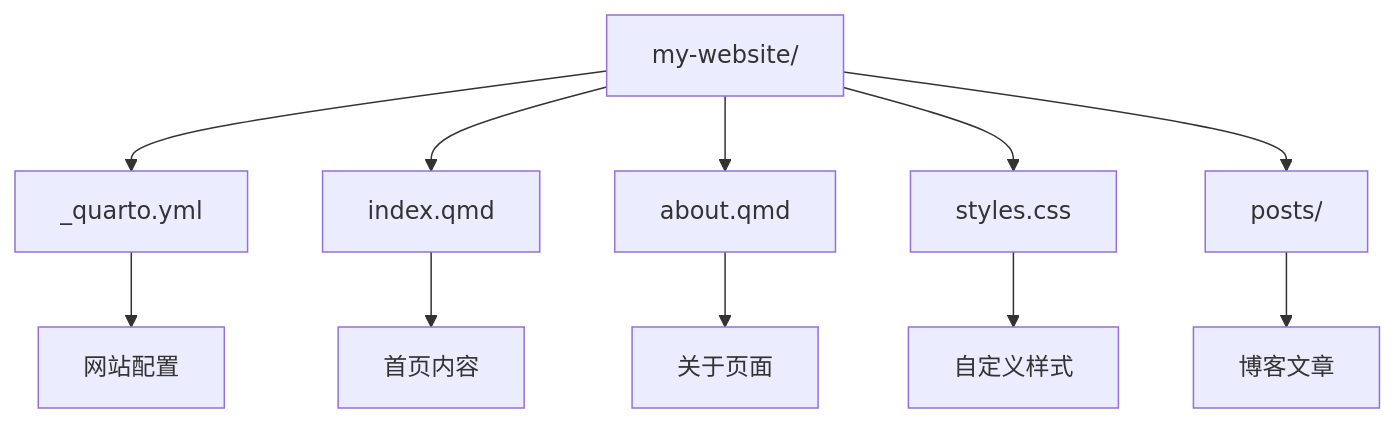
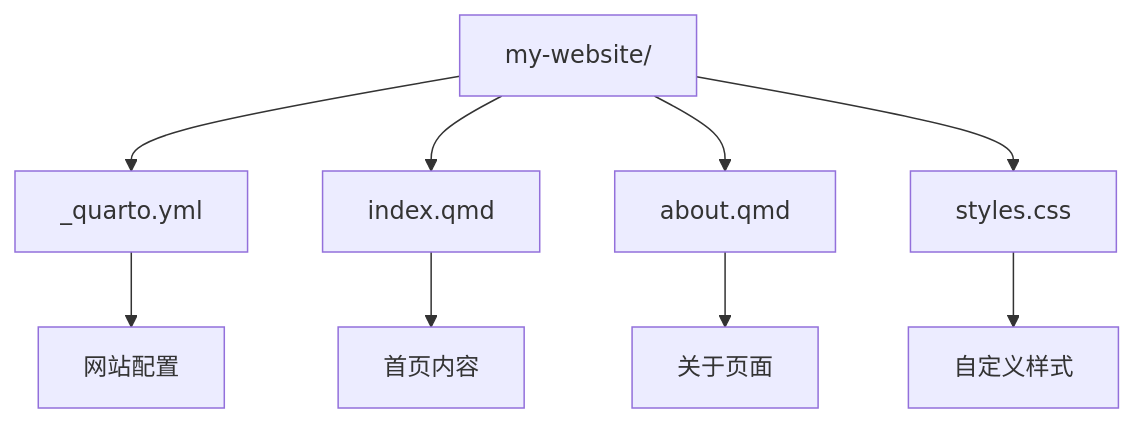
One commit to D2RS-2026spring/data-driven-reproducible-study changed the fourth of 5 diagrams in slides/lecture3-literate-programming.qmd. Above: the diagram before and after it, drawn with Mermaid. The commit also changed other lines of this file and 1 other file, not shown here.

````diff
--- a/slides/lecture3-literate-programming.qmd
+++ b/slides/lecture3-literate-programming.qmd
@@ -680,14 +677,12 @@
 ```{mermaid}
 graph TD
     A["my-website/"] -->  B["_quarto.yml"]
     A --> C["index.qmd"]
     A --> D["about.qmd"]
     A --> E["styles.css"]
-    A --> F["posts/"]
 
     B --> B1[网站配置]
     C --> C1[首页内容]
     D --> D1[关于页面]
     E --> E1[自定义样式]
-    F --> F1[博客文章]
 ```
````
